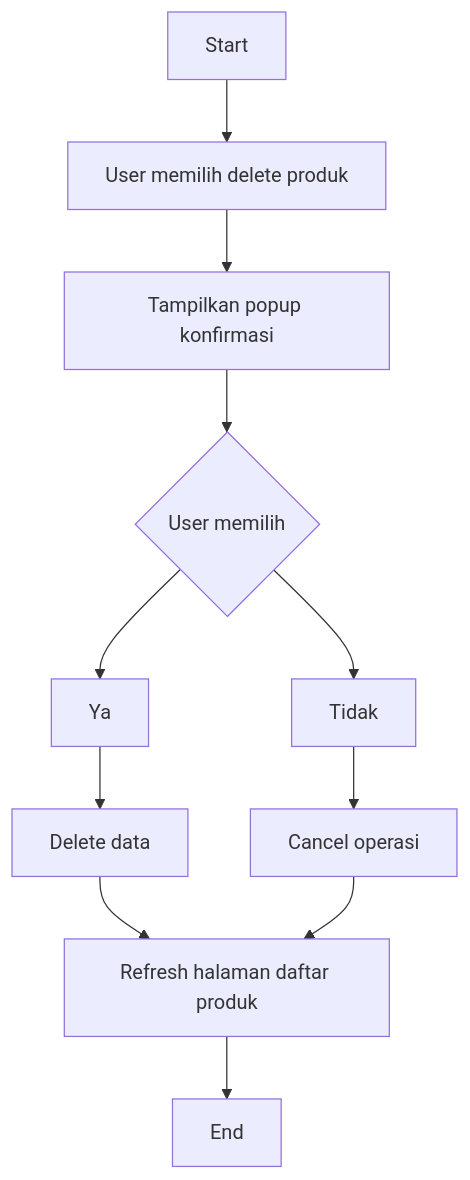
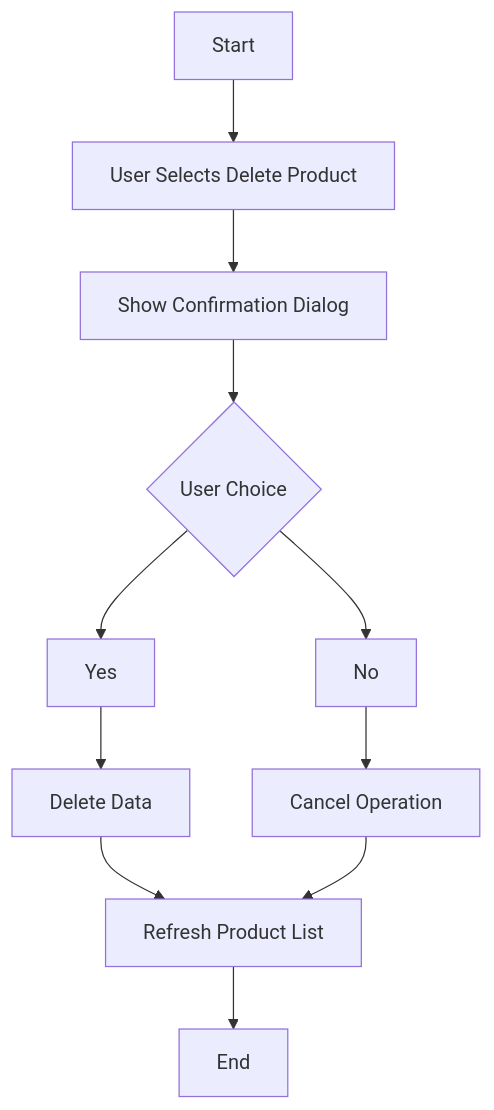
One commit to ridwaanhall/django-app-modular changed the fourth of 4 diagrams in README.md. Above: the diagram before and after it, drawn with Mermaid. The commit also changed other lines of this file, not shown here.

````diff
--- a/README.md
+++ b/README.md
@@ -100,13 +303,13 @@
-   ```mermaid
-   graph TD;
-      Start-->A[User memilih delete produk];
-      A-->B[Tampilkan popup konfirmasi];
-      B-->C{User memilih};
-      C-->D[Ya];
-      C-->E[Tidak];
-      D-->F[Delete data];
-      E-->G[Cancel operasi];
-      F-->H[Refresh halaman daftar produk];
-      G-->H[Refresh halaman daftar produk];
-      H-->End;
-   ```
+```mermaid
+graph TD;
+    Start-->A[User Selects Delete Product];
+    A-->B[Show Confirmation Dialog];
+    B-->C{User Choice};
+    C-->D[Yes];
+    C-->E[No];
+    D-->F[Delete Data];
+    E-->G[Cancel Operation];
+    F-->H[Refresh Product List];
+    G-->H[Refresh Product List];
+    H-->End;
+```
````
